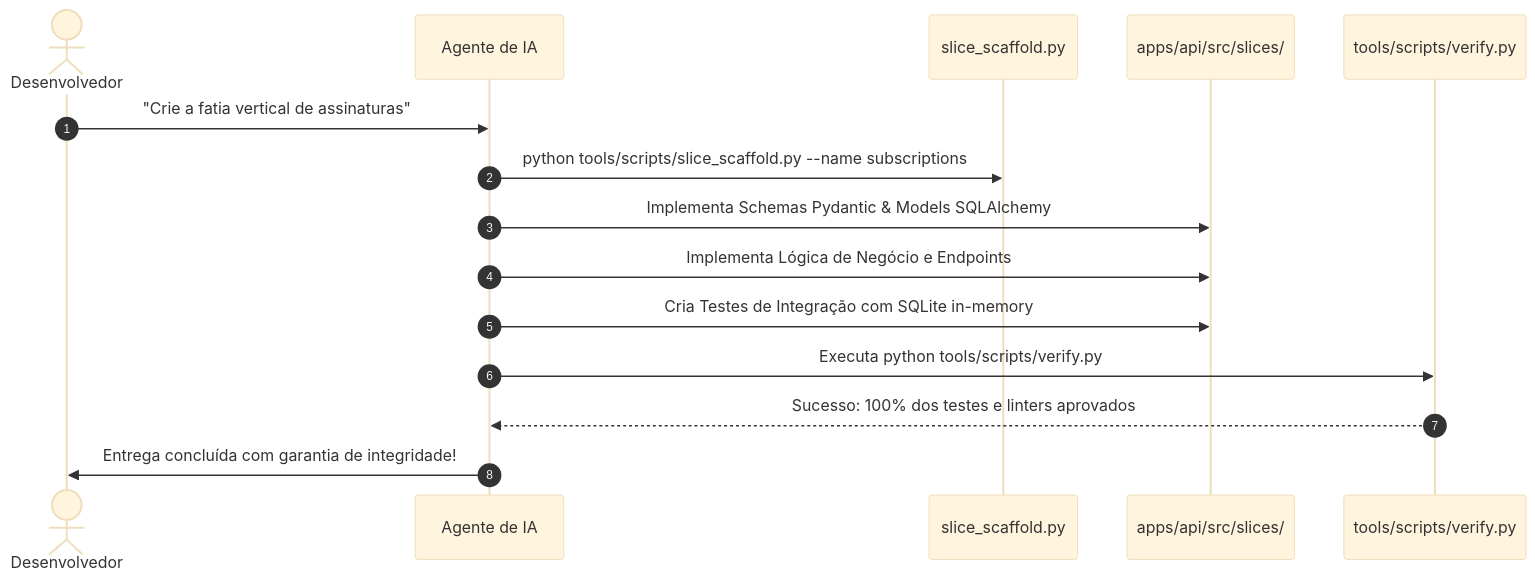
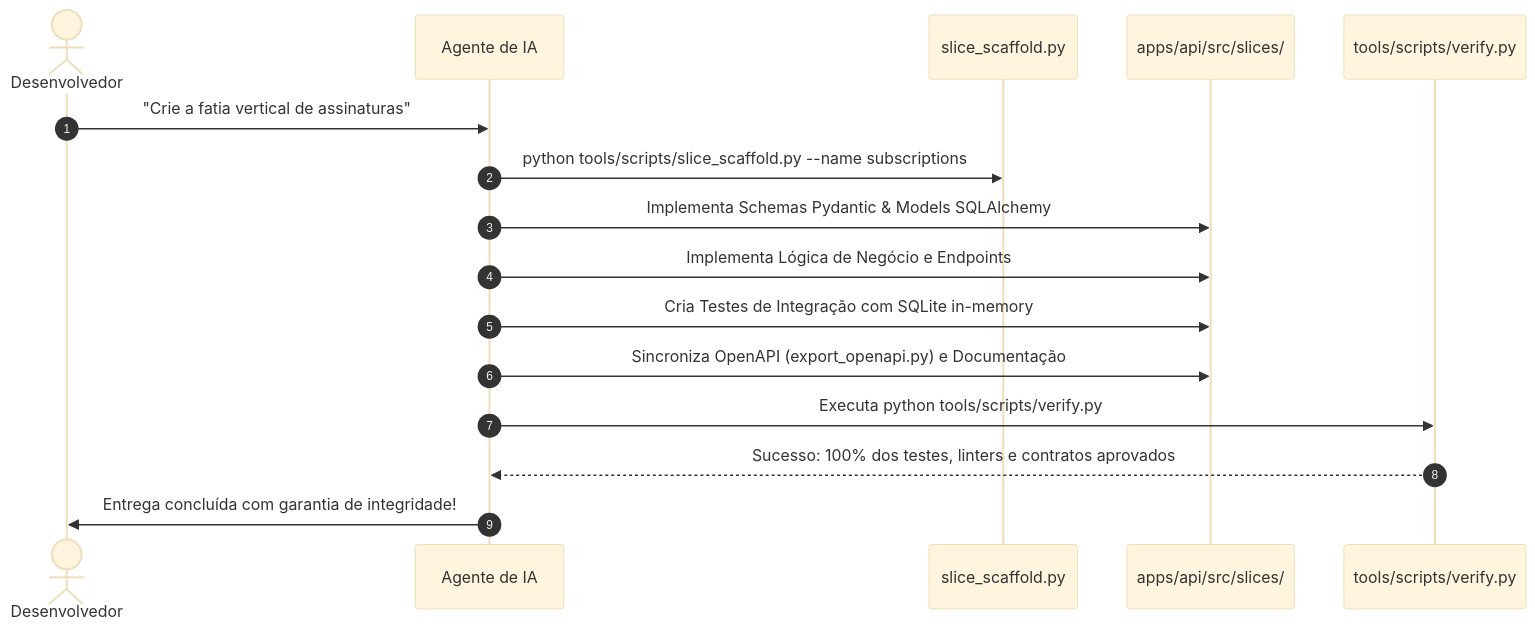
The first of 2 diagrams in docs/pt-br/03-fluxo-de-desenvolvimento-com-ia.md (omauriciofala/softforge.redepronta.com), drawn with Mermaid (base theme) before and after one commit. The commit also changed other lines of this file and 70 other files, not shown here.

````diff
--- a/docs/pt-br/03-fluxo-de-desenvolvimento-com-ia.md
+++ b/docs/pt-br/03-fluxo-de-desenvolvimento-com-ia.md
@@ -21,18 +22,19 @@
 ```mermaid
 sequenceDiagram
     autonumber
     actor Dev as Desenvolvedor
     participant AI as Agente de IA
     participant Tool as slice_scaffold.py
     participant Code as apps/api/src/slices/
     participant Gate as tools/scripts/verify.py
 
     Dev->>AI: "Crie a fatia vertical de assinaturas"
     AI->>Tool: python tools/scripts/slice_scaffold.py --name subscriptions
     AI->>Code: Implementa Schemas Pydantic & Models SQLAlchemy
     AI->>Code: Implementa Lógica de Negócio e Endpoints
     AI->>Code: Cria Testes de Integração com SQLite in-memory
+    AI->>Code: Sincroniza OpenAPI (export_openapi.py) e Documentação
     AI->>Gate: Executa python tools/scripts/verify.py
-    Gate-->>AI: Sucesso: 100% dos testes e linters aprovados
+    Gate-->>AI: Sucesso: 100% dos testes, linters e contratos aprovados
     AI->>Dev: Entrega concluída com garantia de integridade!
 ```
````
